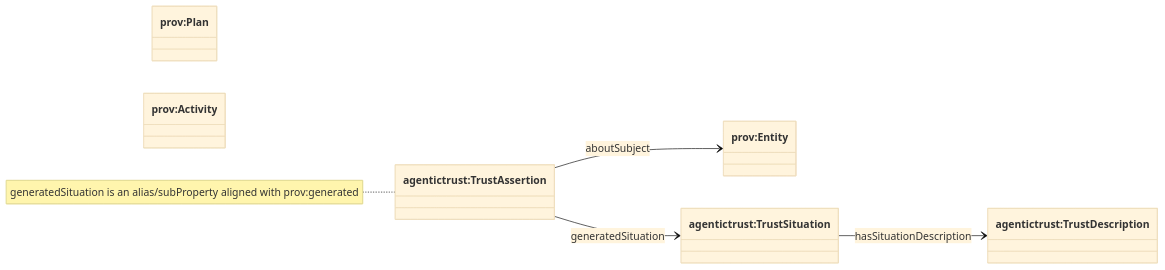
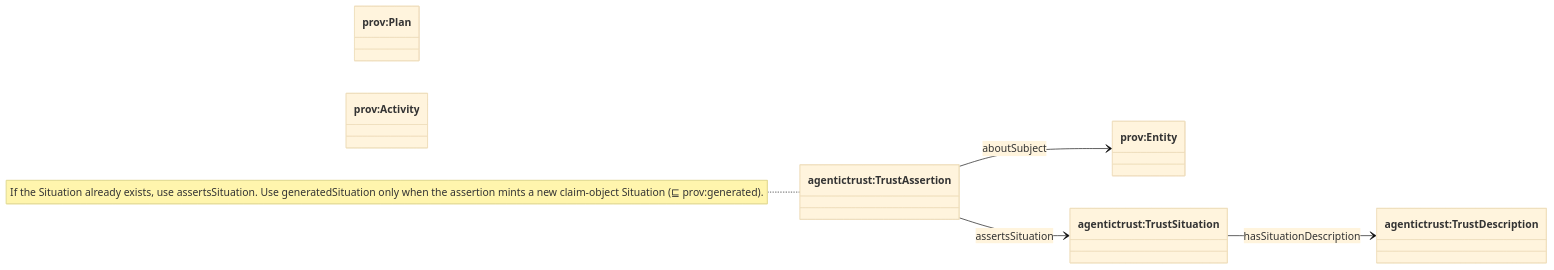
Before and after one commit to Agentic-Trust-Layer/agent-explorer: the second of 2 diagrams in docs/ontology/provenance.md, drawn with Mermaid (base theme). The commit also changed 4 other files, not shown here.

````diff
--- a/docs/ontology/provenance.md
+++ b/docs/ontology/provenance.md
@@ -26,18 +26,18 @@
 ```mermaid
 classDiagram
 direction LR
 
 class provPlan["prov:Plan"]
 class provActivity["prov:Activity"]
 class provEntity["prov:Entity"]
 
 class TrustDescription["agentictrust:TrustDescription"]
 class TrustSituation["agentictrust:TrustSituation"]
 class TrustAssertion["agentictrust:TrustAssertion"]
 
 TrustSituation --> TrustDescription : hasSituationDescription
-TrustAssertion --> TrustSituation : generatedSituation
+TrustAssertion --> TrustSituation : assertsSituation
 TrustAssertion --> provEntity : aboutSubject
 
-note for TrustAssertion "generatedSituation is an alias/subProperty aligned with prov:generated"
+note for TrustAssertion "If the Situation already exists, use assertsSituation. Use generatedSituation only when the assertion mints a new claim-object Situation (⊑ prov:generated)."
 ```
````
